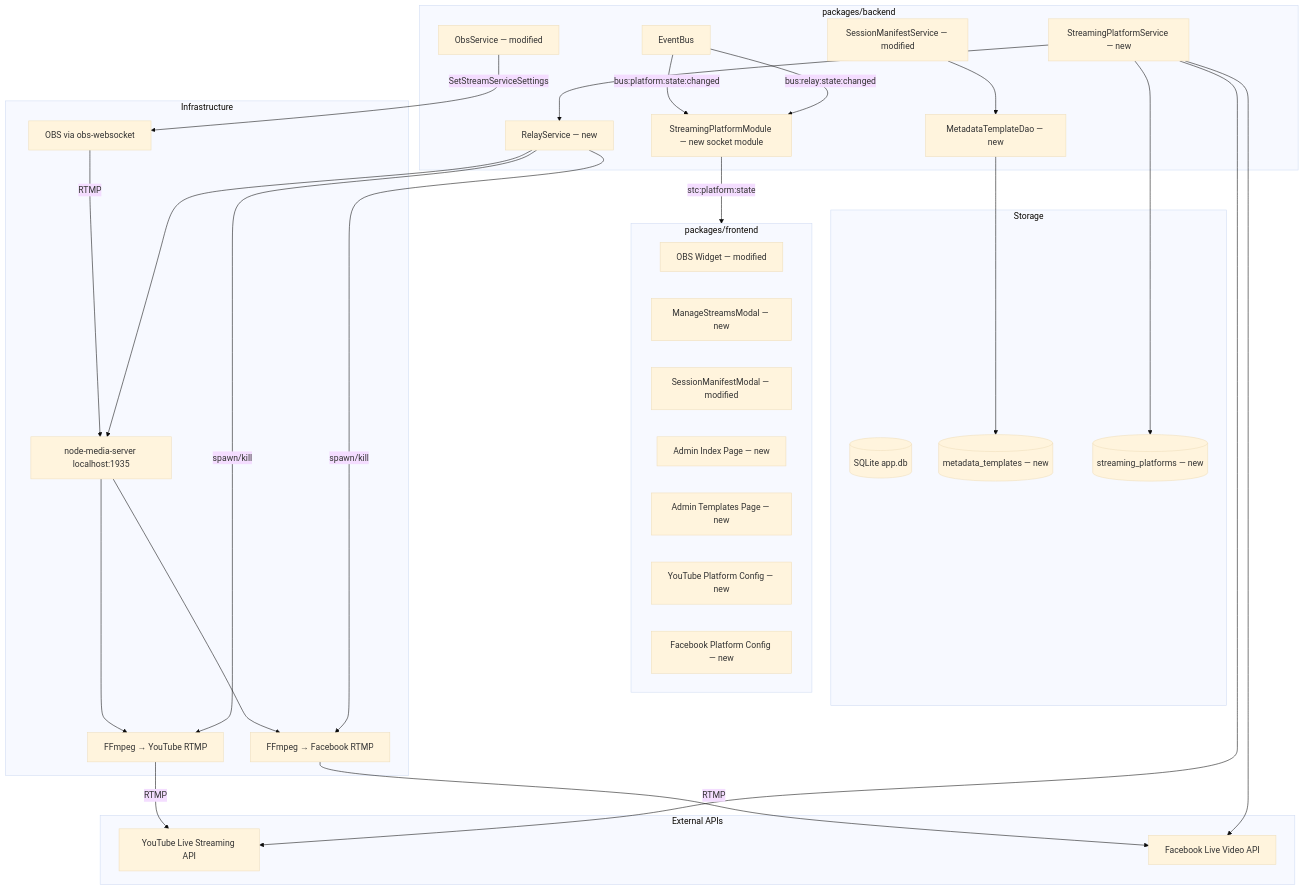
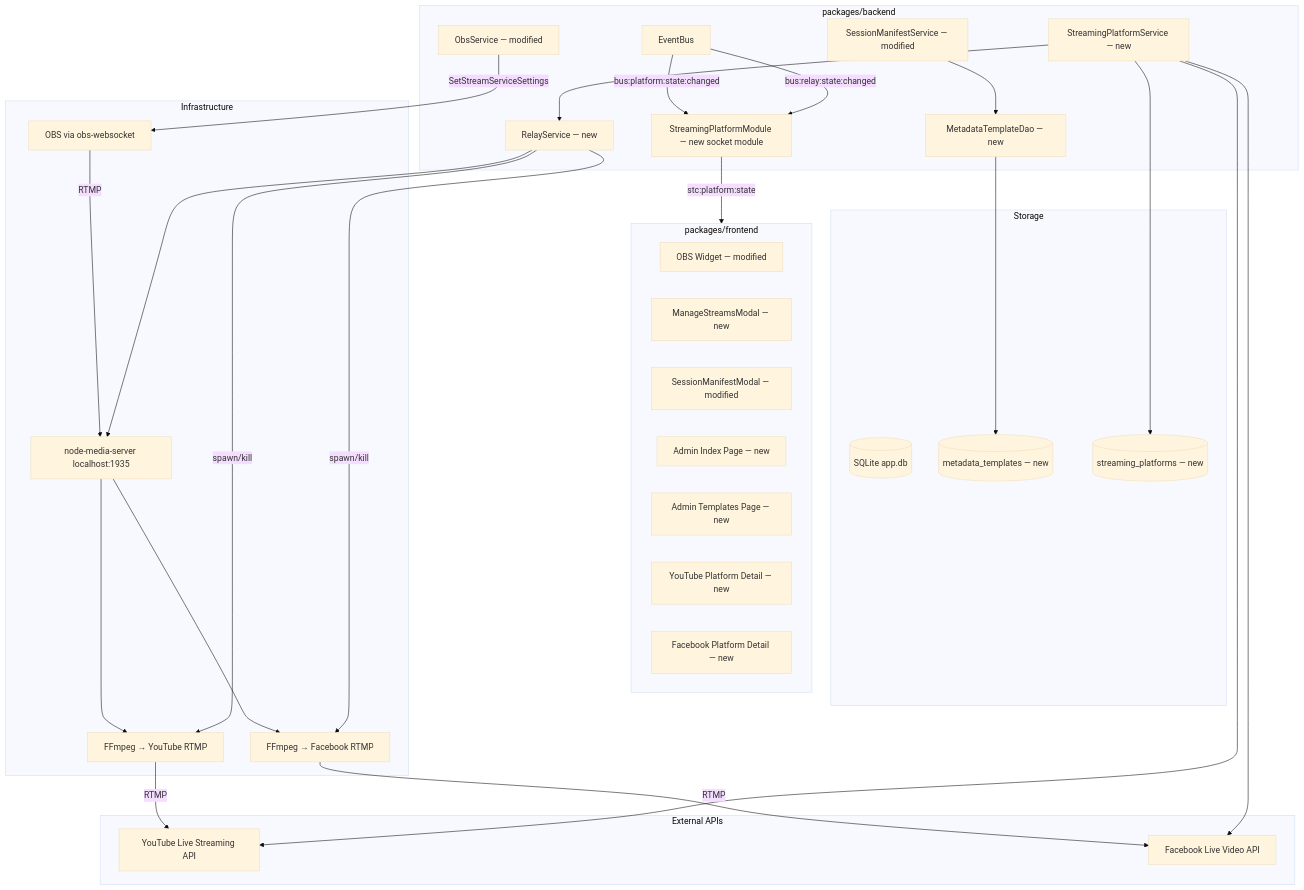
One commit to DavidA94/InvisibleAvBooth changed the diagram in .kiro/specs/multi-platform-streaming/design.md. Above: the diagram before and after it, drawn with Mermaid (base theme). The commit also changed other lines of this file and 2 other files, not shown here.

````diff
--- a/.kiro/specs/multi-platform-streaming/design.md
+++ b/.kiro/specs/multi-platform-streaming/design.md
@@ -43,63 +43,63 @@
 ```mermaid
 graph TD
   subgraph Frontend [packages/frontend]
     ObsWidget[OBS Widget — modified]
     ManageStreamsModal[ManageStreamsModal — new]
     SessionManifestModal[SessionManifestModal — modified]
     AdminIndex[Admin Index Page — new]
     AdminTemplates[Admin Templates Page — new]
-    AdminYouTube[YouTube Platform Config — new]
-    AdminFacebook[Facebook Platform Config — new]
+    AdminYouTube[YouTube Platform Detail — new]
+    AdminFacebook[Facebook Platform Detail — new]
   end
 
   subgraph Backend [packages/backend]
     SessionManifestService[SessionManifestService — modified]
     ObsService[ObsService — modified]
     StreamingPlatformService[StreamingPlatformService — new]
     RelayService[RelayService — new]
     MetadataTemplateDao[MetadataTemplateDao — new]
     StreamingPlatformModule[StreamingPlatformModule — new socket module]
     EventBus
   end
 
   subgraph Storage
     AppDB[(SQLite app.db)]
     TemplatesTable[(metadata_templates — new)]
     PlatformsTable[(streaming_platforms — new)]
   end
 
   subgraph Infrastructure
     Relay[node-media-server localhost:1935]
     FFmpegYT[FFmpeg → YouTube RTMP]
     FFmpegFB[FFmpeg → Facebook RTMP]
     OBS[OBS via obs-websocket]
   end
 
   subgraph ExternalAPIs [External APIs]
     YouTubeAPI[YouTube Live Streaming API]
     FacebookAPI[Facebook Live Video API]
   end
 
   OBS -->|RTMP| Relay
   Relay --> FFmpegYT
   Relay --> FFmpegFB
   FFmpegYT -->|RTMP| YouTubeAPI
   FFmpegFB -->|RTMP| FacebookAPI
 
   ObsService -->|SetStreamServiceSettings| OBS
   StreamingPlatformService --> YouTubeAPI
   StreamingPlatformService --> FacebookAPI
   StreamingPlatformService --> RelayService
 
   RelayService --> Relay
   RelayService -->|spawn/kill| FFmpegYT
   RelayService -->|spawn/kill| FFmpegFB
 
   SessionManifestService --> MetadataTemplateDao
   MetadataTemplateDao --> TemplatesTable
   StreamingPlatformService --> PlatformsTable
 
   EventBus -->|bus:platform:state:changed| StreamingPlatformModule
   EventBus -->|bus:relay:state:changed| StreamingPlatformModule
   StreamingPlatformModule -->|stc:platform:state| Frontend
 ```
````
